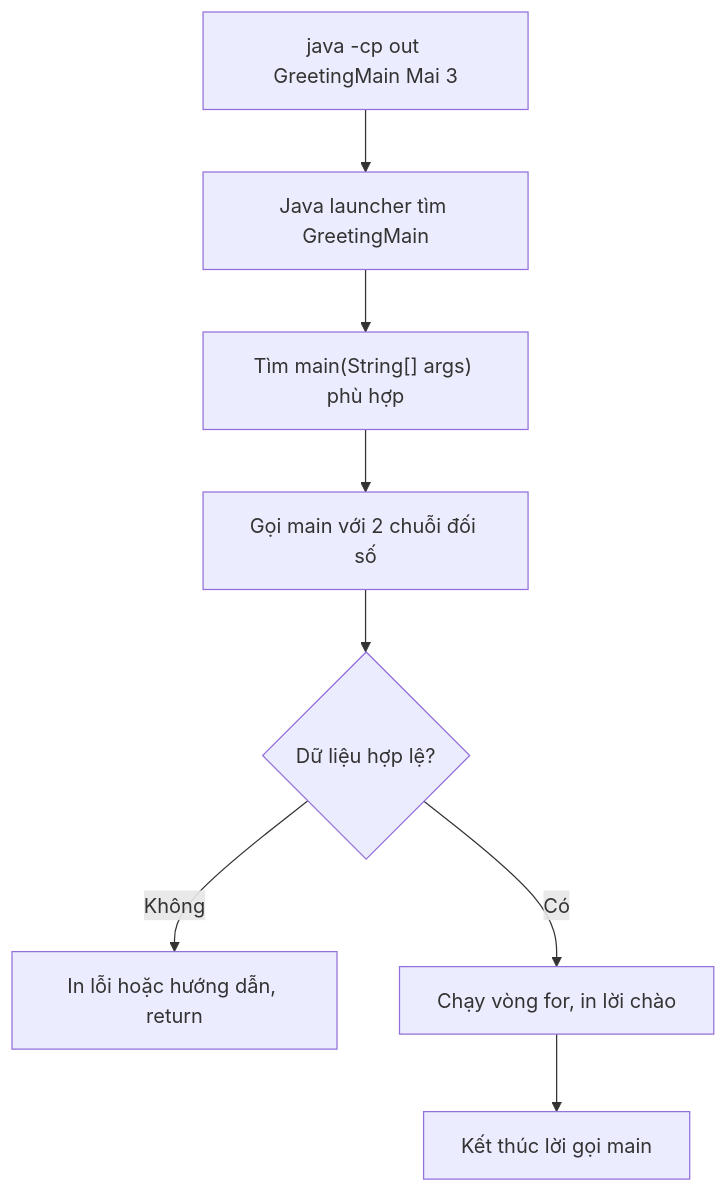
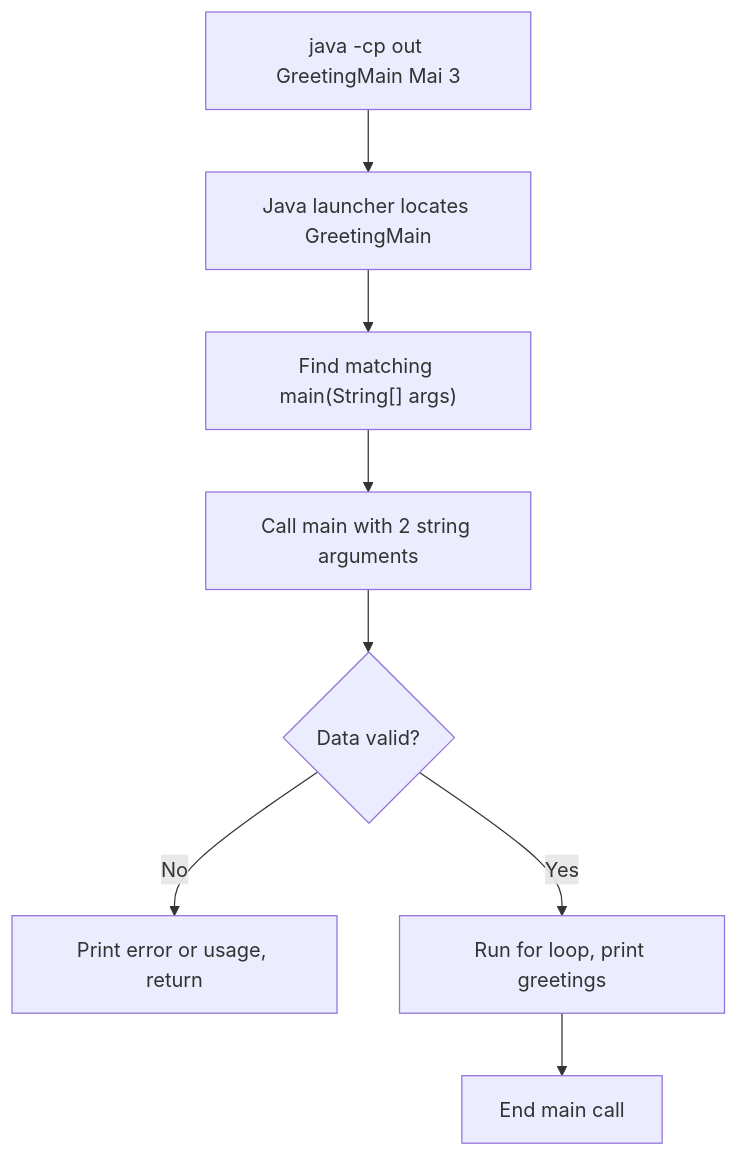
The diagram in module/platform/development/programming/language/java/core/language-basics/content/knowledge/en/3.program-structure/program-structure-002.md (phuongnguyenit93/learning-platform-data), drawn with Mermaid before and after one commit. The commit also changed other lines of this file and 2307 other files, not shown here.

```diff
--- a/module/platform/development/programming/language/java/core/language-basics/content/knowledge/en/3.program-structure/program-structure-002.md
+++ b/module/platform/development/programming/language/java/core/language-basics/content/knowledge/en/3.program-structure/program-structure-002.md
@@ -161,10 +161,10 @@
 ~~~mermaid
 flowchart TD
-    A["java -cp out GreetingMain Mai 3"] --> B["Java launcher tìm GreetingMain"]
-    B --> C["Tìm main(String[] args) phù hợp"]
-    C --> D["Gọi main với 2 chuỗi đối số"]
-    D --> E{"Dữ liệu hợp lệ?"}
-    E -->|Không| F["In lỗi hoặc hướng dẫn, return"]
-    E -->|Có| G["Chạy vòng for, in lời chào"]
-    G --> H["Kết thúc lời gọi main"]
+    A["java -cp out GreetingMain Mai 3"] --> B["Java launcher locates GreetingMain"]
+    B --> C["Find matching main(String[] args)"]
+    C --> D["Call main with 2 string arguments"]
+    D --> E{"Data valid?"}
+    E -->|No| F["Print error or usage, return"]
+    E -->|Yes| G["Run for loop, print greetings"]
+    G --> H["End main call"]
 ~~~
```
